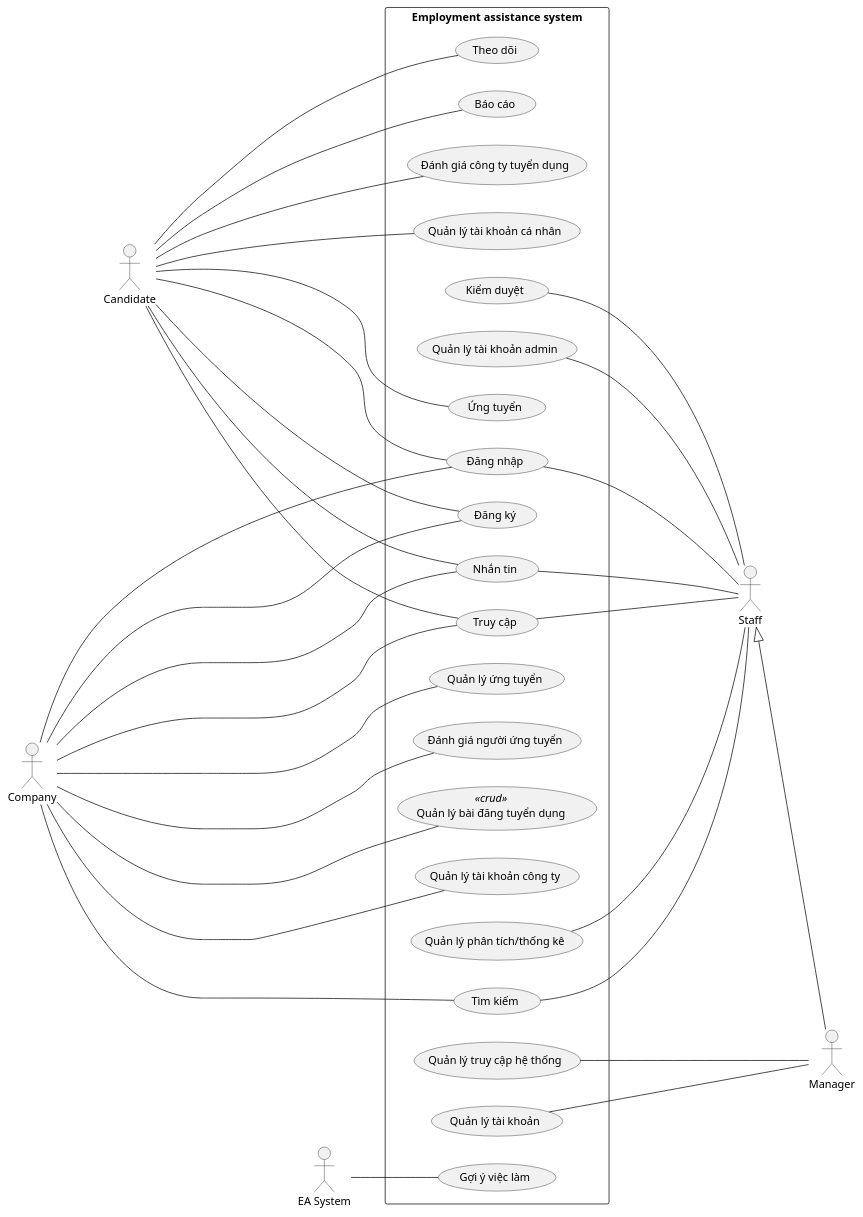
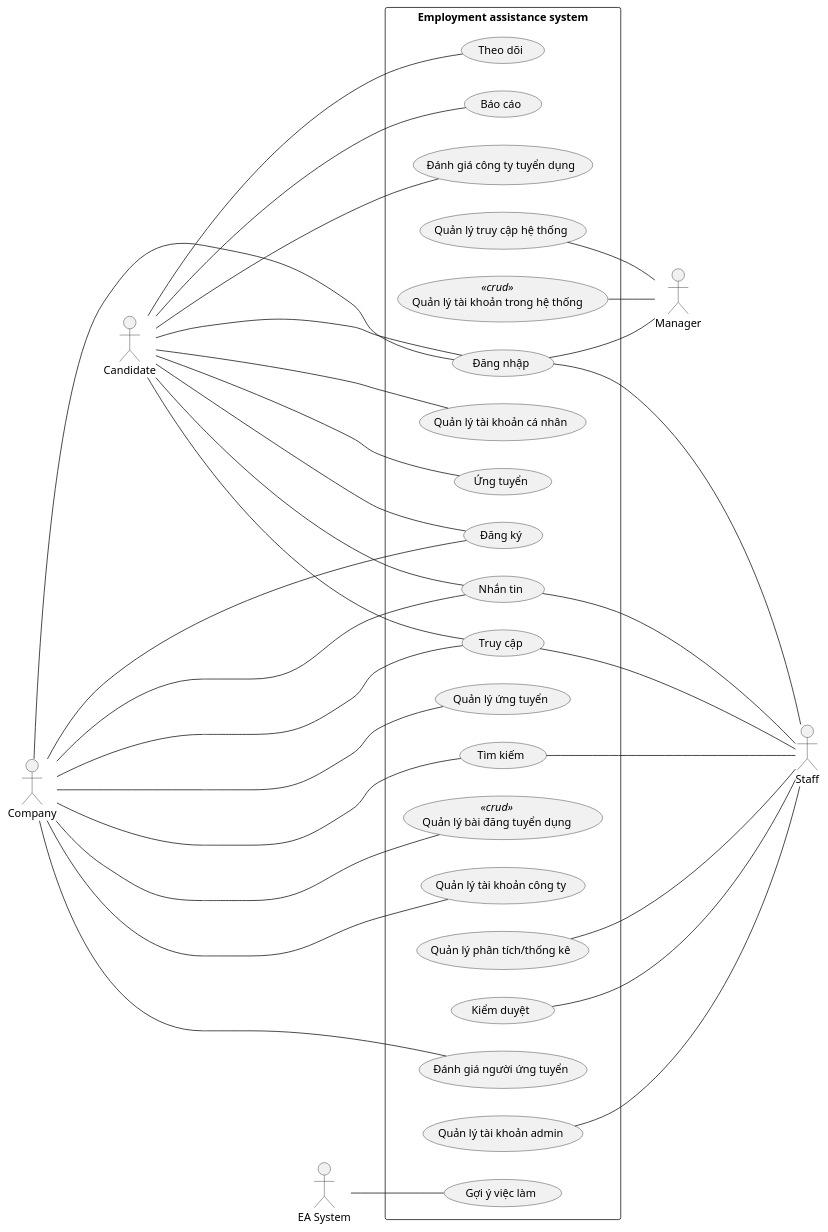
Before and after one commit to Griselda4774/EAS-EmploymentAssistanceSystem: the diagram in Lab1/Lab 1.2 Diagram/Use case/FilePUML/0. UsecaseTongQuat.puml, drawn with PlantUML. The commit also changed 2 other files, not shown here.

Commit message:
update general usecase

```diff
--- a/Lab1/Lab 1.2 Diagram/Use case/FilePUML/0. UsecaseTongQuat.puml
+++ b/Lab1/Lab 1.2 Diagram/Use case/FilePUML/0. UsecaseTongQuat.puml
@@ -1,66 +1,66 @@
 @startuml UsecaseTongQuat
 left to right direction
 
 actor "Staff" as nhanVien
 actor "Manager" as quanLy
 actor "Candidate" as nguoiUngTuyen
 actor "Company" as congTy
 actor "EA System" as heThong
 
 rectangle "Employment assistance system" {
     usecase "Đăng nhập" as dangNhap
     usecase "Đăng ký" as dangKy
     usecase "Quản lý bài đăng tuyển dụng" as quanLyBaiDang <<crud>>
     usecase "Theo dõi" as theoDoi
     usecase "Báo cáo" as baoCao
     usecase "Đánh giá công ty tuyển dụng" as danhGiaCongTyTuyenDung
     usecase "Quản lý tài khoản cá nhân" as quanLyTaiKhoanCaNhan
     usecase "Quản lý tài khoản công ty" as quanLyTaiKhoanCongTy
     usecase "Ứng tuyển" as ungTuyen
     usecase "Quản lý ứng tuyển" as quanLyUngTuyen
     usecase "Nhắn tin" as nhanTin
     usecase "Tìm kiếm" as timKiem
     usecase "Truy cập" as truyCap
     usecase "Quản lý phân tích/thống kê" as quanLyPhanTich
     usecase "Kiểm duyệt" as kiemDuyet
     usecase "Quản lý truy cập hệ thống" as quanLyTruyCap
     usecase "Quản lý tài khoản admin" as quanLyTaiKhoanAdmin
     usecase "Đánh giá người ứng tuyển" as danhGiaNguoiUngTuyen
-    usecase "Quản lý tài khoản" as quanLyTaiKhoan
+    usecase "Quản lý tài khoản trong hệ thống" as quanLyTaiKhoan <<crud>>
     usecase "Gợi ý việc làm" as goiYViecLam
 }
 
 dangNhap ---- nhanVien
 nhanTin ---- nhanVien
 timKiem ---- nhanVien
 truyCap ---- nhanVien
 quanLyPhanTich ---- nhanVien
 kiemDuyet ---- nhanVien
 quanLyTaiKhoanAdmin ---- nhanVien
 
-nhanVien ^-- quanLy
+quanLy -- dangNhap
 quanLyTruyCap -- quanLy
 quanLyTaiKhoan -- quanLy
 
 nguoiUngTuyen ----- dangNhap
 nguoiUngTuyen ----- dangKy
 nguoiUngTuyen ----- theoDoi
 nguoiUngTuyen ----- baoCao
 nguoiUngTuyen ----- danhGiaCongTyTuyenDung
 nguoiUngTuyen ----- quanLyTaiKhoanCaNhan
 nguoiUngTuyen ----- ungTuyen
 nguoiUngTuyen ----- nhanTin
 nguoiUngTuyen ----- truyCap
 
-congTy ------ dangNhap
+congTy --- dangNhap
 congTy ------ dangKy
 congTy ------ quanLyBaiDang
 congTy ------ quanLyTaiKhoanCongTy
 congTy ------ quanLyUngTuyen
 congTy ------ nhanTin
 congTy ------ timKiem
 congTy ------ truyCap
 congTy ------ danhGiaNguoiUngTuyen
 
 heThong -- goiYViecLam
 @enduml
```
